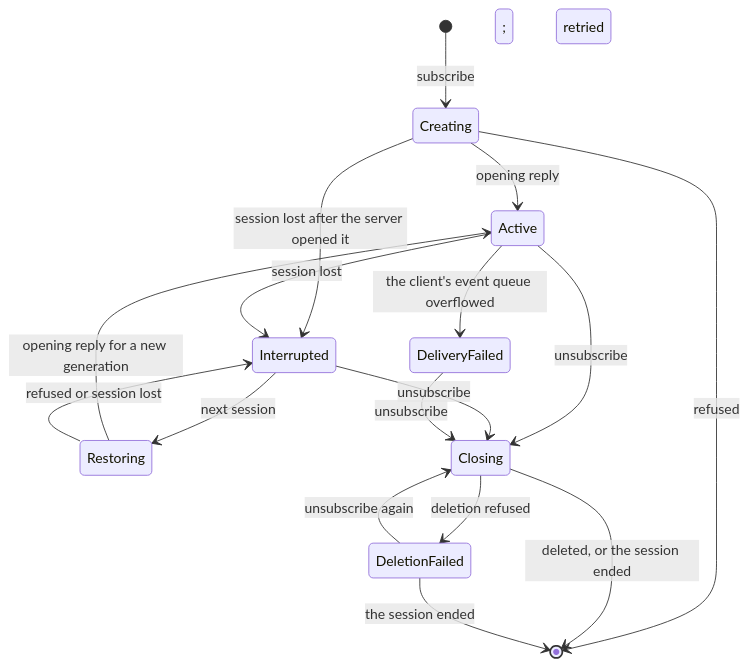
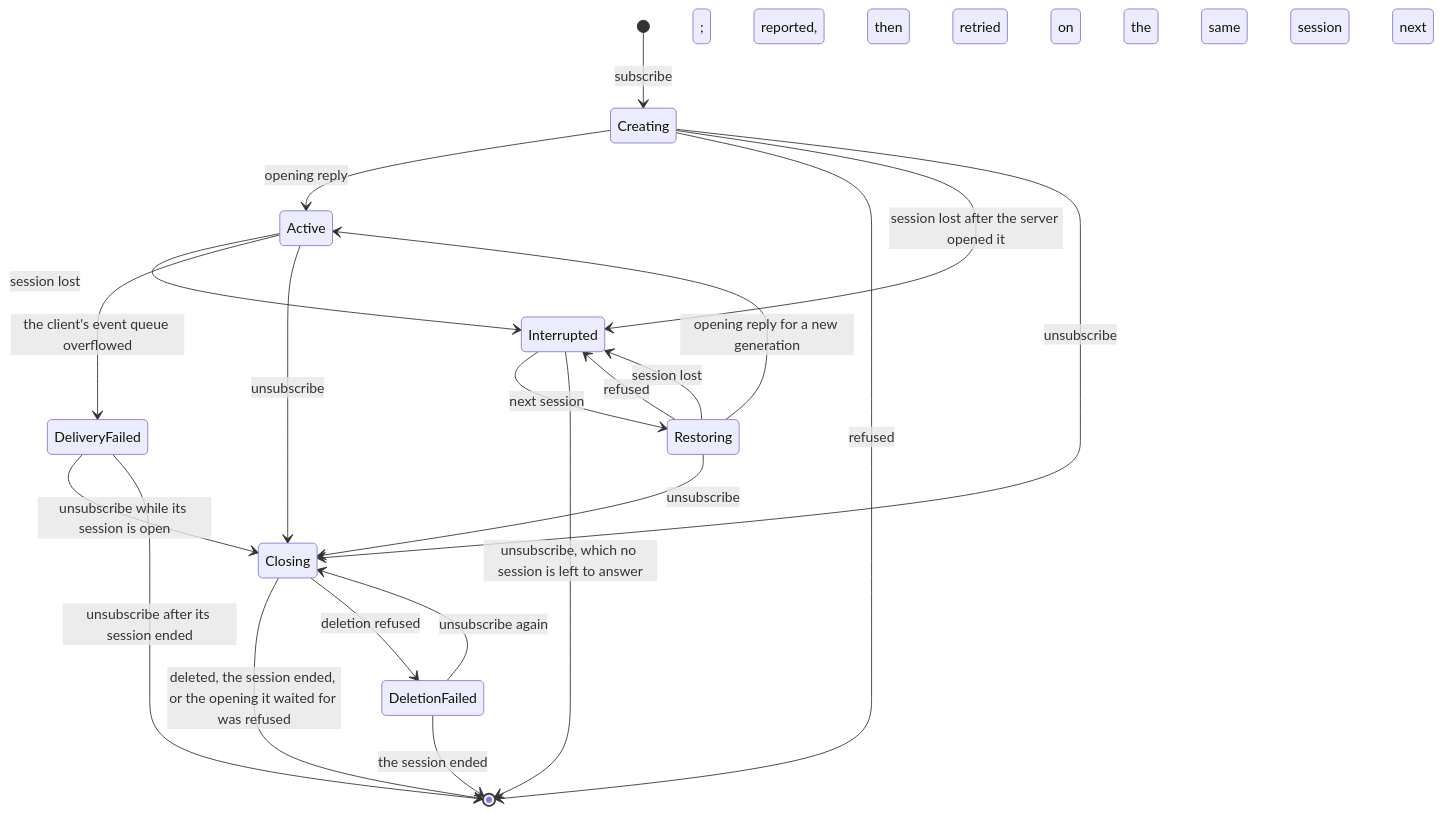
One commit to nervix-io/nervix changed the seventh of 7 diagrams in docs/src/client-session-protocol.md. Above: the diagram before and after it, drawn with Mermaid. The commit also changed other lines of this file and 24 other files, not shown here.

````diff
--- a/docs/src/client-session-protocol.md
+++ b/docs/src/client-session-protocol.md
@@ -949,19 +975,23 @@
 ```mermaid
 stateDiagram-v2
     [*] --> Creating: subscribe
     Creating --> Active: opening reply
     Creating --> [*]: refused
     Creating --> Interrupted: session lost after the server opened it
     Active --> Interrupted: session lost
     Interrupted --> Restoring: next session
     Restoring --> Active: opening reply for a new generation
-    Restoring --> Interrupted: refused or session lost; retried
+    Restoring --> Interrupted: refused; reported, then retried on the same session
+    Restoring --> Interrupted: session lost; retried on the next session
     Active --> DeliveryFailed: the client's event queue overflowed
     Active --> Closing: unsubscribe
-    Interrupted --> Closing: unsubscribe
-    DeliveryFailed --> Closing: unsubscribe
-    Closing --> [*]: deleted, or the session ended
+    Creating --> Closing: unsubscribe
+    Restoring --> Closing: unsubscribe
+    DeliveryFailed --> Closing: unsubscribe while its session is open
+    Interrupted --> [*]: unsubscribe, which no session is left to answer
+    DeliveryFailed --> [*]: unsubscribe after its session ended
+    Closing --> [*]: deleted, the session ended, or the opening it waited for was refused
     Closing --> DeletionFailed: deletion refused
     DeletionFailed --> Closing: unsubscribe again
     DeletionFailed --> [*]: the session ended
 ```
````
